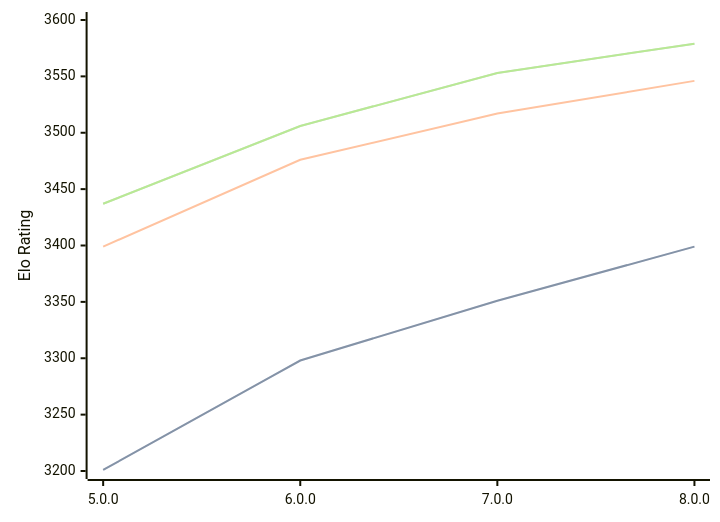
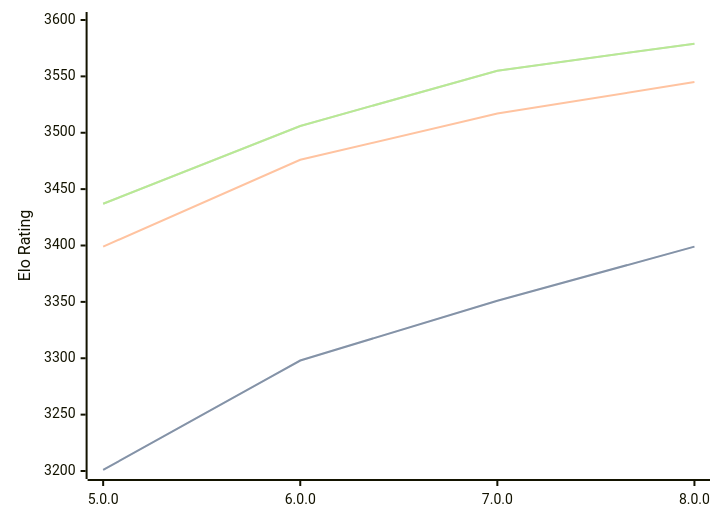
The diagram in engines/Stormphrax.md (computer-chess-index/cci), drawn with Mermaid before and after one commit. The commit also changed other lines of this file, not shown here.

Commit message:
Update CCI Ratings (ELO VLTC) - 2026-08-28

````diff
--- a/engines/Stormphrax.md
+++ b/engines/Stormphrax.md
@@ -34,11 +34,11 @@
 ```mermaid
 %%{init: {"theme":"base","themeVariables":{"seriesColors:['#a3a3a3','#222221','#faa371']}}}%%
 xychart-beta
   x-axis ["5.0.0", "6.0.0", "7.0.0", "8.0.0"]
   y-axis "Elo Rating" 3200 --> 3600
   line "" [3201, 3298, 3351, 3399]
   line "STC (8.0+0.08s)" [3201, 3298, 3351, 3399]
-  line "LTC (60.0+0.60s)" [3399, 3476, 3517, 3546]
-  line "" [3437, 3506, 3553, 3579]
-  line "VLTC (2m24s+1.12s)" [3437, 3506, 3553, 3579]
+  line "LTC (60.0+0.60s)" [3399, 3476, 3517, 3545]
+  line "" [3437, 3506, 3555, 3579]
+  line "VLTC (2m24s+1.12s)" [3437, 3506, 3555, 3579]
 ```
````
